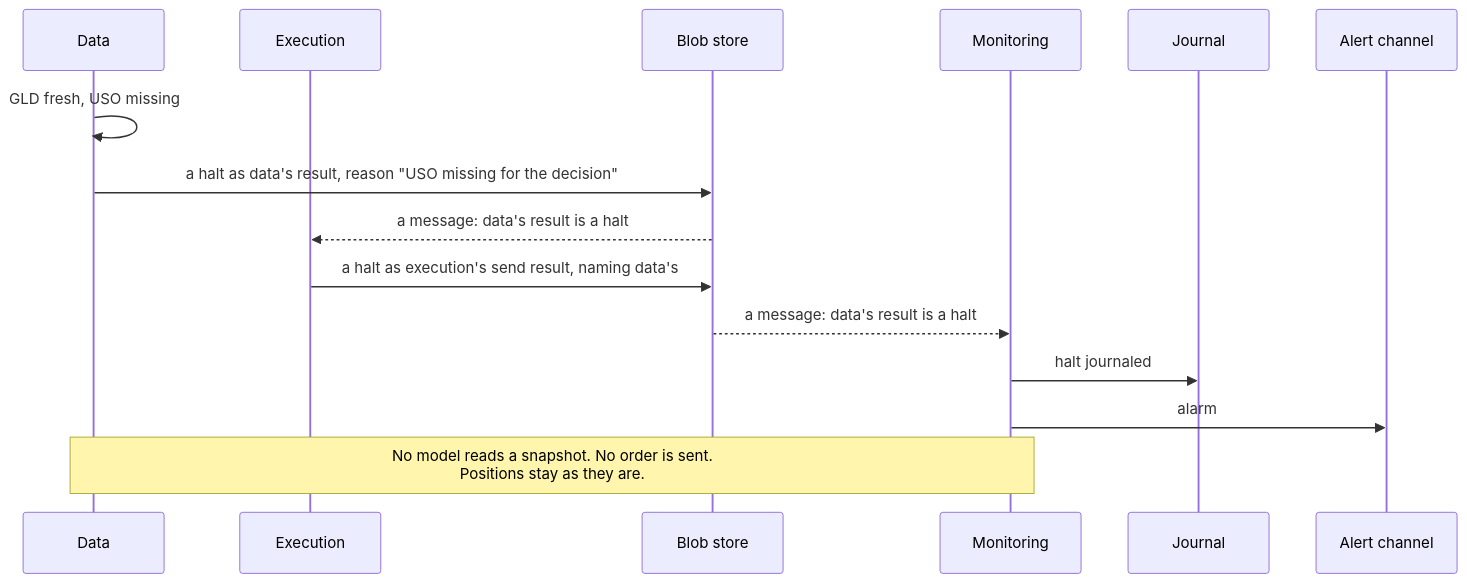
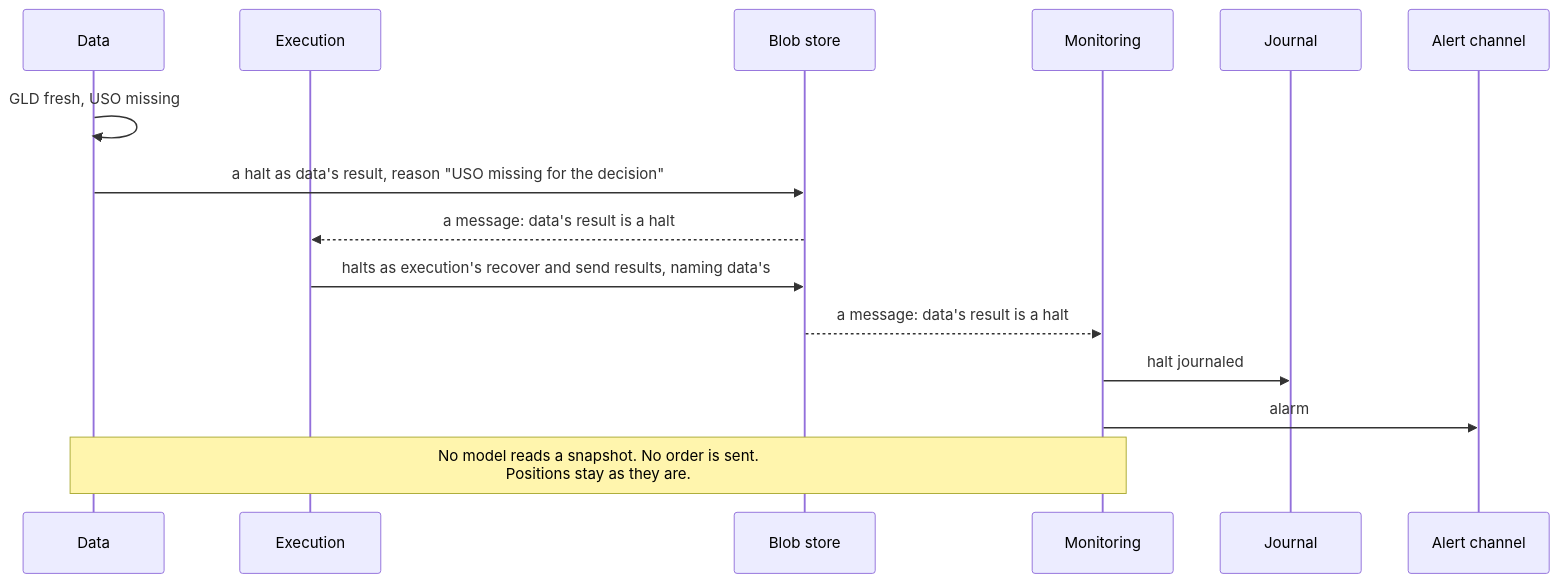
Before and after one commit to l3a0/ithildin-runtime: the fifth of 16 diagrams in docs/architecture.md, drawn with Mermaid. The commit also changed other lines of this file and 2 other files, not shown here.

First line of the commit message:
docs(architecture): scrub the diagrams and prose against the latest design

````diff
--- a/docs/architecture.md
+++ b/docs/architecture.md
@@ -678,18 +672,18 @@
 ```mermaid
 sequenceDiagram
     participant D as Data
     participant X as Execution
     participant F as Blob store
     participant M as Monitoring
     participant J as Journal
     participant L as Alert channel
 
     D->>D: GLD fresh, USO missing
     D->>F: a halt as data's result, reason "USO missing for the decision"
     F-->>X: a message: data's result is a halt
-    X->>F: a halt as execution's send result, naming data's
+    X->>F: halts as execution's recover and send results, naming data's
     F-->>M: a message: data's result is a halt
     M->>J: halt journaled
     M->>L: alarm
     Note over D,M: No model reads a snapshot. No order is sent.<br/>Positions stay as they are.
 ```
````
